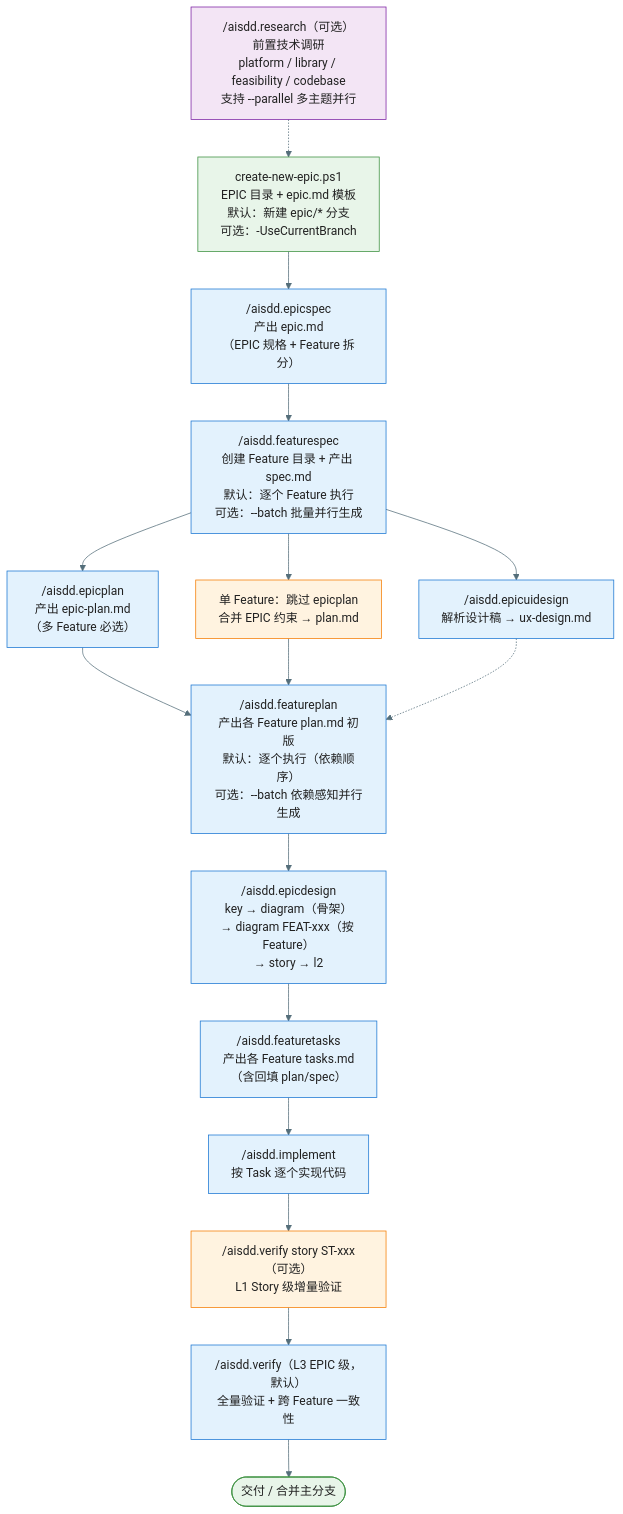
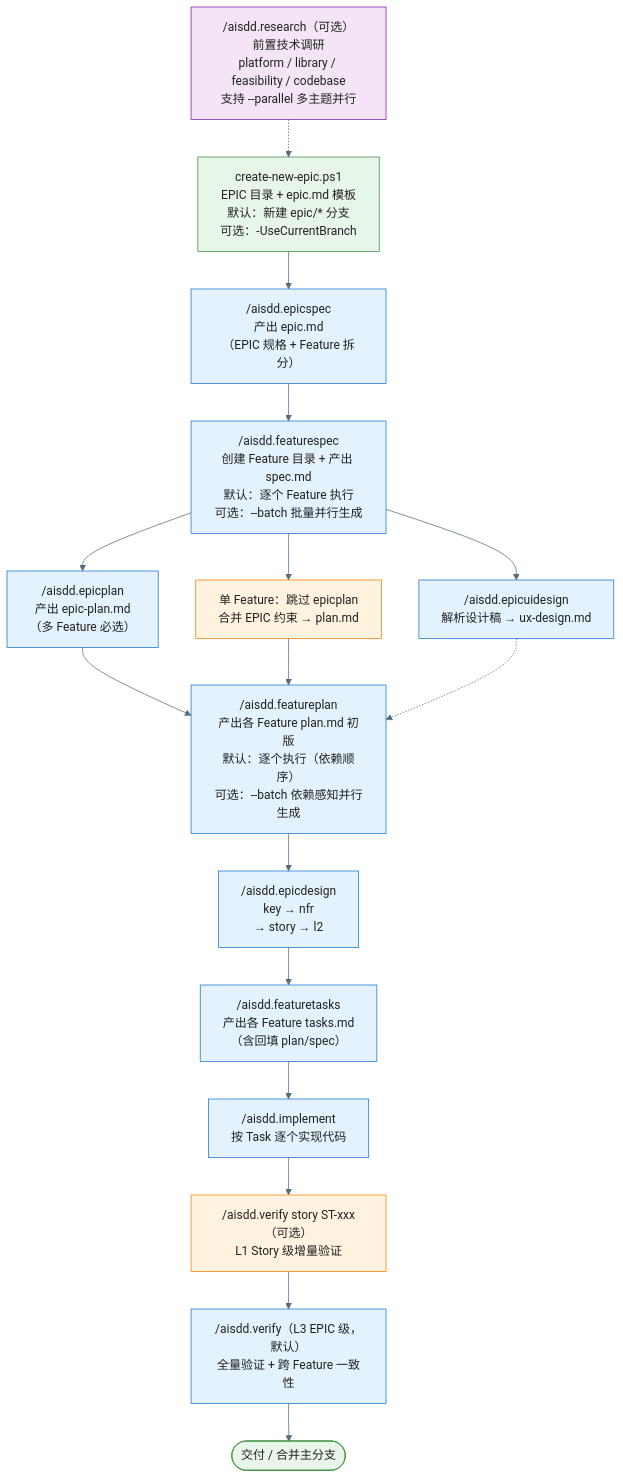
One commit to jackykarma/Verity changed the third of 8 diagrams in docs/workflow-overview.md. Above: the diagram before and after it, drawn with Mermaid. The commit also changed other lines of this file and 179 other files, not shown here.

````diff
--- a/docs/workflow-overview.md
+++ b/docs/workflow-overview.md
@@ -167,25 +165,25 @@
 ```mermaid
 %%{init: {'theme': 'base', 'themeVariables': { 'primaryColor': '#E3F2FD', 'primaryTextColor': '#212121', 'primaryBorderColor': '#1976D2', 'lineColor': '#546E7A'}}}%%
 flowchart TD
     Step0["/aisdd.research（可选）<br/>前置技术调研<br/>platform / library / feasibility / codebase<br/>支持 --parallel 多主题并行"] -.-> Step1
     Step1["create-new-epic.ps1<br/>EPIC 目录 + epic.md 模板<br/>默认：新建 epic/* 分支<br/>可选：-UseCurrentBranch"] --> Step2["/aisdd.epicspec<br/>产出 epic.md<br/>（EPIC 规格 + Feature 拆分）"]
     Step2 --> Step3["/aisdd.featurespec<br/>创建 Feature 目录 + 产出 spec.md<br/>默认：逐个 Feature 执行<br/>可选：--batch 批量并行生成"]
     Step3 --> Step4["/aisdd.epicplan<br/>产出 epic-plan.md<br/>（多 Feature 必选）"]
     Step3 --> Step5["/aisdd.epicuidesign<br/>解析设计稿 → ux-design.md"]
     Step3 --> Step4b["单 Feature：跳过 epicplan<br/>合并 EPIC 约束 → plan.md"]
     Step4 --> Step6["/aisdd.featureplan<br/>产出各 Feature plan.md 初版<br/>默认：逐个执行（依赖顺序）<br/>可选：--batch 依赖感知并行生成"]
     Step4b --> Step6
     Step5 -.-> Step6
-    Step6 --> Step7["/aisdd.epicdesign<br/>key → diagram（骨架）<br/>→ diagram FEAT-xxx（按 Feature）<br/>→ story → l2"]
+    Step6 --> Step7["/aisdd.epicdesign<br/>key → nfr<br/>→ story → l2"]
     Step7 --> Step8["/aisdd.featuretasks<br/>产出各 Feature tasks.md<br/>（含回填 plan/spec）"]
     Step8 --> Step9["/aisdd.implement<br/>按 Task 逐个实现代码"]
     Step9 --> Step9b["/aisdd.verify story ST-xxx（可选）<br/>L1 Story 级增量验证"]
     Step9b --> Step10["/aisdd.verify（L3 EPIC 级，默认）<br/>全量验证 + 跨 Feature 一致性"]
     Step10 --> Step11([交付 / 合并主分支])
 
     style Step0 fill:#F3E5F5,stroke:#7B1FA2
     style Step1 fill:#E8F5E9,stroke:#388E3C
     style Step4b fill:#FFF3E0,stroke:#F57C00
     style Step9b fill:#FFF3E0,stroke:#F57C00
     style Step11 fill:#E8F5E9,stroke:#388E3C
 ```
````
